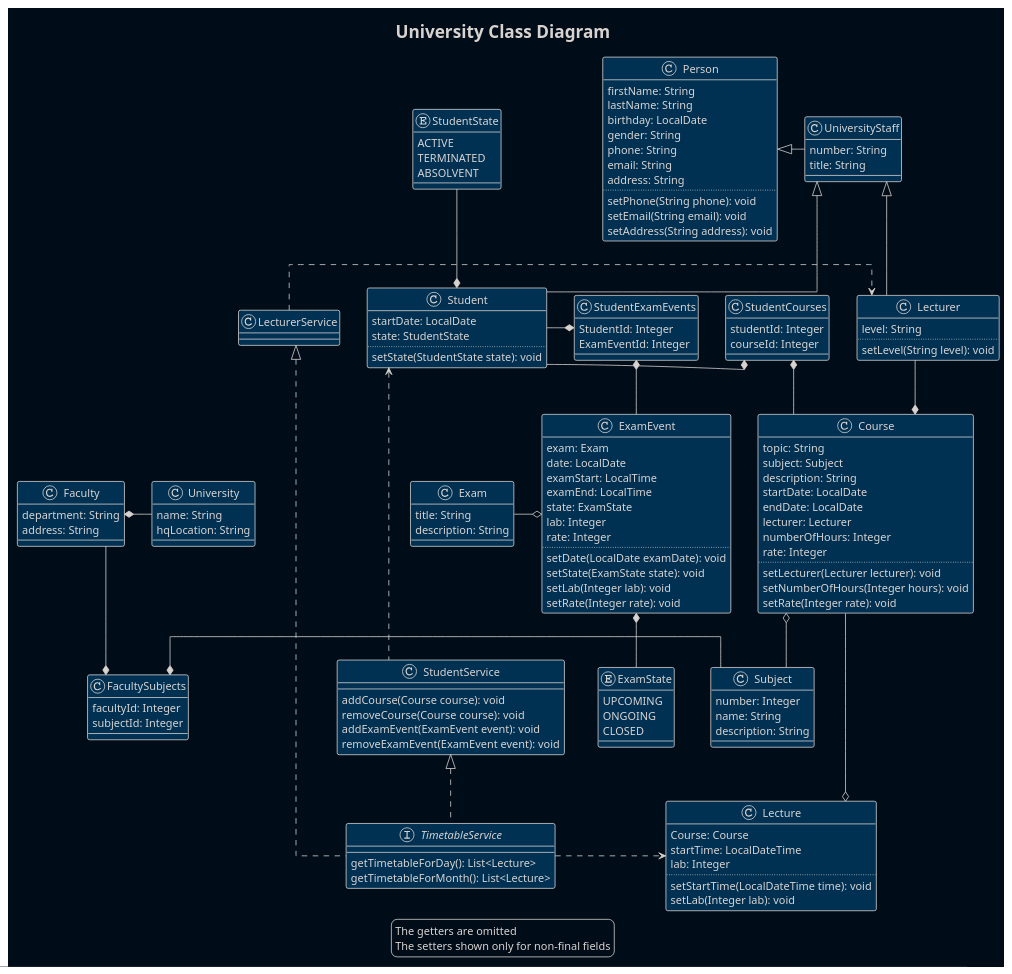
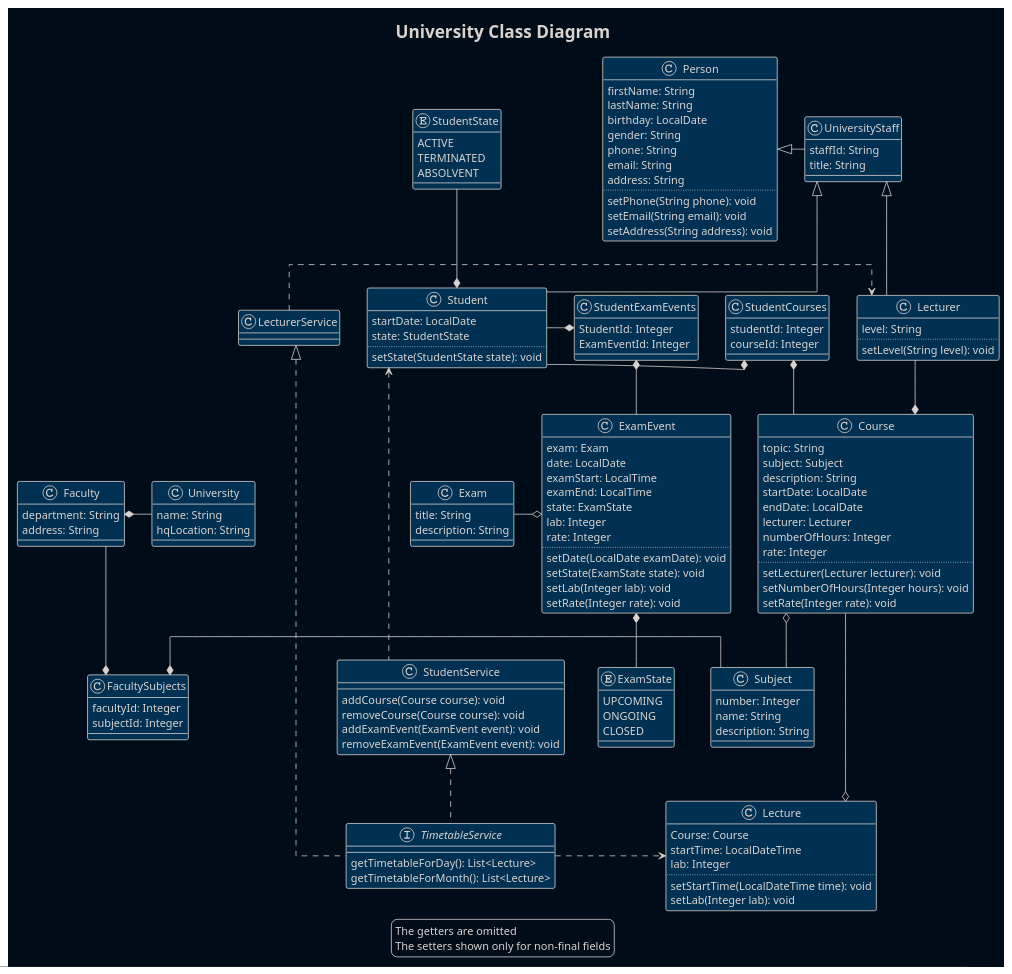
Before and after one commit to RomaEcho/University: the diagram in src/main/resources/diagrams/University.puml, drawn with PlantUML. The commit also changed 3 other files, not shown here.

```diff
--- a/src/main/resources/diagrams/University.puml
+++ b/src/main/resources/diagrams/University.puml
@@ -1,153 +1,153 @@
 @startuml
 '!theme plain
 !theme blueprint
 skinparam BackgroundColor #000c18
 'skinparam ClassBackgroundColor #000c18
 skinparam linetype ortho
 
 title University Class Diagram
 class Person {
     firstName: String
     lastName: String
     birthday: LocalDate
     gender: String
     phone: String
     email: String
     address: String
     ..
     setPhone(String phone): void
     setEmail(String email): void
     setAddress(String address): void
 }
 class Student {
     startDate: LocalDate
     state: StudentState
     ..
     setState(StudentState state): void
 }
 enum StudentState {
     ACTIVE
     TERMINATED
     ABSOLVENT
 }
 class UniversityStaff {
-    number: String
+    staffId: String
     title: String
 }
 class Subject {
     number: Integer
     name: String
     description: String
 }
 
 class Course {
     topic: String
     subject: Subject
     description: String
     startDate: LocalDate
     endDate: LocalDate
     lecturer: Lecturer
     numberOfHours: Integer
     rate: Integer
     ..
     setLecturer(Lecturer lecturer): void
     setNumberOfHours(Integer hours): void
     setRate(Integer rate): void
 }
 class Lecturer {
     level: String
     ..
     setLevel(String level): void
 }
 class Exam {
     title: String
     description: String
 }
 class ExamEvent {
     exam: Exam
     date: LocalDate
     examStart: LocalTime
     examEnd: LocalTime
     state: ExamState
     lab: Integer
     rate: Integer
     ..
     setDate(LocalDate examDate): void
     setState(ExamState state): void
     setLab(Integer lab): void
     setRate(Integer rate): void
 }
 enum ExamState {
     UPCOMING
     ONGOING
     CLOSED
 }
 class Faculty {
     department: String
     address: String
 }
 class University {
     name: String
     hqLocation: String
 }
 class Lecture {
     Course: Course
     startTime: LocalDateTime
     lab: Integer
     ..
     setStartTime(LocalDateTime time): void
     setLab(Integer lab): void
 }
 class StudentCourses {
     studentId: Integer
     courseId: Integer
 }
 class FacultySubjects {
     facultyId: Integer
     subjectId: Integer
 }
 class StudentExamEvents {
     StudentId: Integer    
     ExamEventId: Integer
 }
 interface TimetableService {
     getTimetableForDay(): List<Lecture>
     getTimetableForMonth(): List<Lecture>
 }
 class StudentService {
     addCourse(Course course): void
     removeCourse(Course course): void
     addExamEvent(ExamEvent event): void
     removeExamEvent(ExamEvent event): void
 }
 class LecturerService
 
 Person <|-right- UniversityStaff
 UniversityStaff <|-- Student
 UniversityStaff <|-- Lecturer
 Student *-up- StudentState
 StudentCourses *- Student
 StudentCourses *- Course
 Course *-up- Lecturer
 StudentExamEvents *-- ExamEvent
 StudentExamEvents *- Student
 ExamEvent o-left- Exam
 ExamEvent *-down- ExamState
 Course o-- Subject
 Faculty --* FacultySubjects
 Subject -left-* FacultySubjects
 University -left* Faculty
 Student <... StudentService
 StudentService <|.. TimetableService
 LecturerService <|.. TimetableService
 LecturerService .> Lecturer
 TimetableService .right.> Lecture
 Course --o Lecture
 
 
 legend
     The getters are omitted
     The setters shown only for non-final fields
 endlegend
 
 @enduml
```
